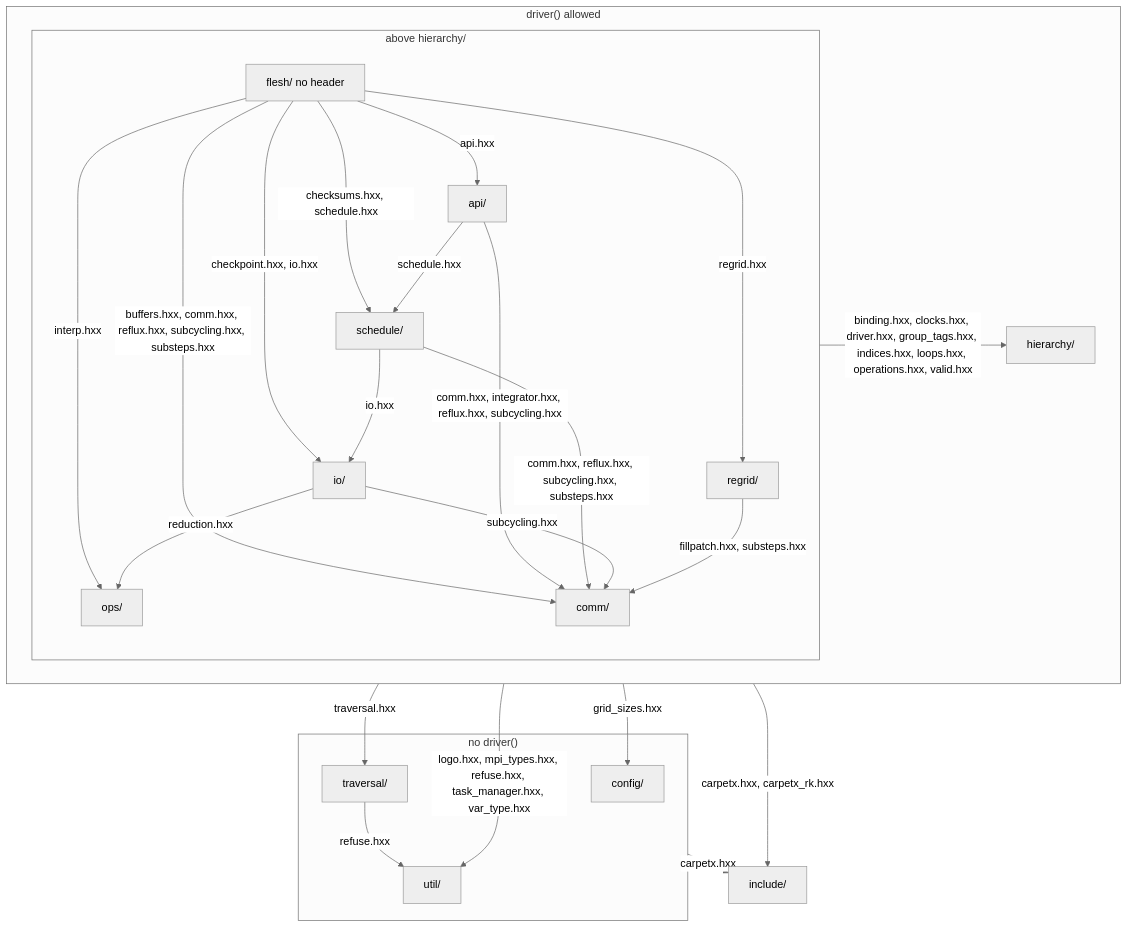
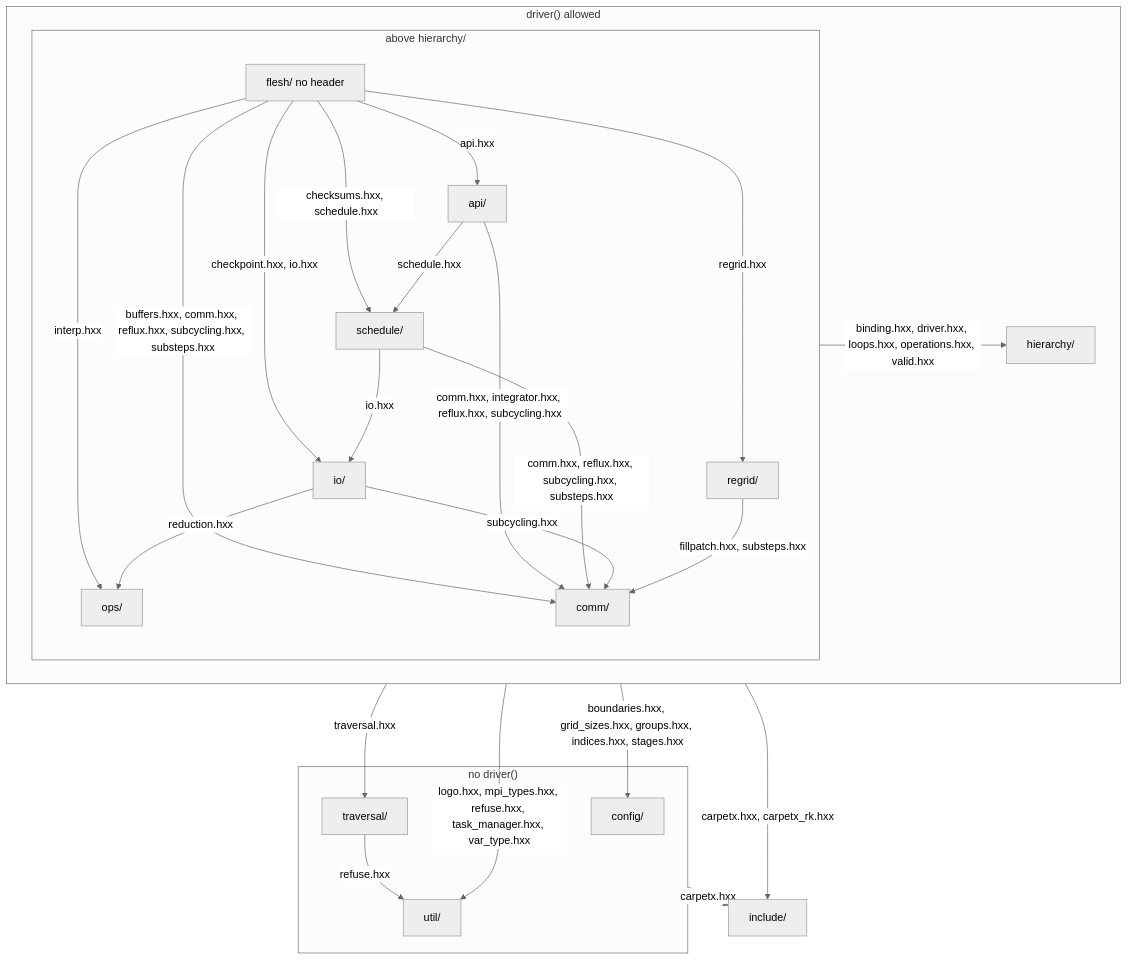
Before and after one commit to lwJi/CarpetX: the first of 3 diagrams in agent_docs/carpetx-internals.md, drawn with Mermaid (neutral theme). The commit also changed other lines of this file and 30 other files, not shown here.

````diff
--- a/agent_docs/carpetx-internals.md
+++ b/agent_docs/carpetx-internals.md
@@ -7,41 +7,41 @@
 ```mermaid
 flowchart TB
   subgraph door["driver() allowed"]
     subgraph above["above hierarchy/"]
       flesh["flesh/ no header"]
       api["api/"]
       schedule["schedule/"]
       io["io/"]
       ops["ops/"]
       regrid["regrid/"]
       comm["comm/"]
     end
     hierarchy["hierarchy/"]
   end
   subgraph nodoor["no driver()"]
     config["config/"]
     traversal["traversal/"]
     util["util/"]
   end
   include["include/"]
   flesh -- "api.hxx" --> api
   flesh -- "checksums.hxx, schedule.hxx" --> schedule
   flesh -- "checkpoint.hxx, io.hxx" --> io
   flesh -- "interp.hxx" --> ops
   flesh -- "regrid.hxx" --> regrid
   flesh -- "buffers.hxx, comm.hxx, reflux.hxx, subcycling.hxx, substeps.hxx" --> comm
   api -- "schedule.hxx" --> schedule
   api -- "comm.hxx, integrator.hxx, reflux.hxx, subcycling.hxx" --> comm
   schedule -- "io.hxx" --> io
   schedule -- "comm.hxx, reflux.hxx, subcycling.hxx, substeps.hxx" --> comm
   io -- "reduction.hxx" --> ops
   io -- "subcycling.hxx" --> comm
   regrid -- "fillpatch.hxx, substeps.hxx" --> comm
   traversal -- "refuse.hxx" --> util
-  above -- "binding.hxx, clocks.hxx, driver.hxx, group_tags.hxx, indices.hxx, loops.hxx, operations.hxx, valid.hxx" --> hierarchy
-  door -- "grid_sizes.hxx" --> config
+  above -- "binding.hxx, driver.hxx, loops.hxx, operations.hxx, valid.hxx" --> hierarchy
+  door -- "boundaries.hxx, grid_sizes.hxx, groups.hxx, indices.hxx, stages.hxx" --> config
   door -- "traversal.hxx" --> traversal
   door -- "logo.hxx, mpi_types.hxx, refuse.hxx, task_manager.hxx, var_type.hxx" --> util
   door -- "carpetx.hxx, carpetx_rk.hxx" --> include
   nodoor -- "carpetx.hxx" --> include
 ```
````
